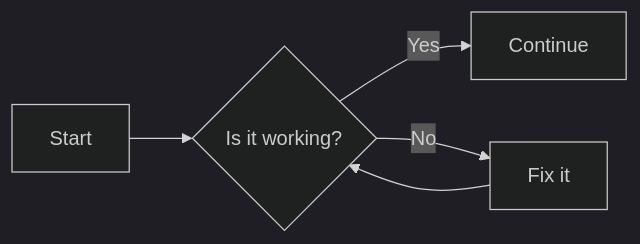
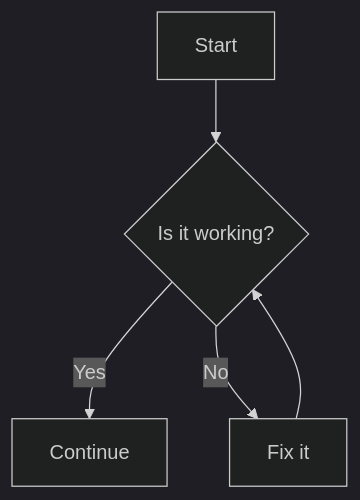
One commit to tiankaima/slidev-intro changed the diagram in slides.md. Above: the diagram before and after it, drawn with Mermaid (dark theme). The commit also changed other lines of this file and 22 other files, not shown here.

````diff
--- a/slides.md
+++ b/slides.md
@@ -100,7 +122,7 @@
 ```mermaid
-graph LR
+graph TB
   A[Start] --> B{Is it working?}
   B -- Yes --> C[Continue]
   B -- No --> D[Fix it]
   D --> B
 ```
````
